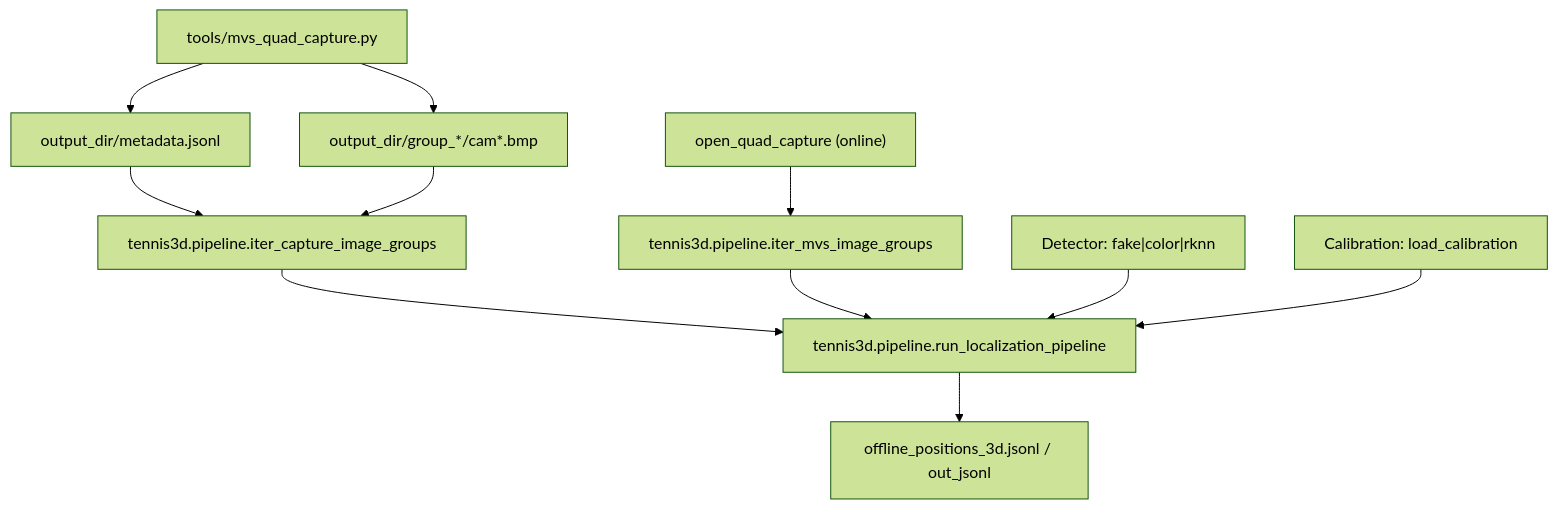
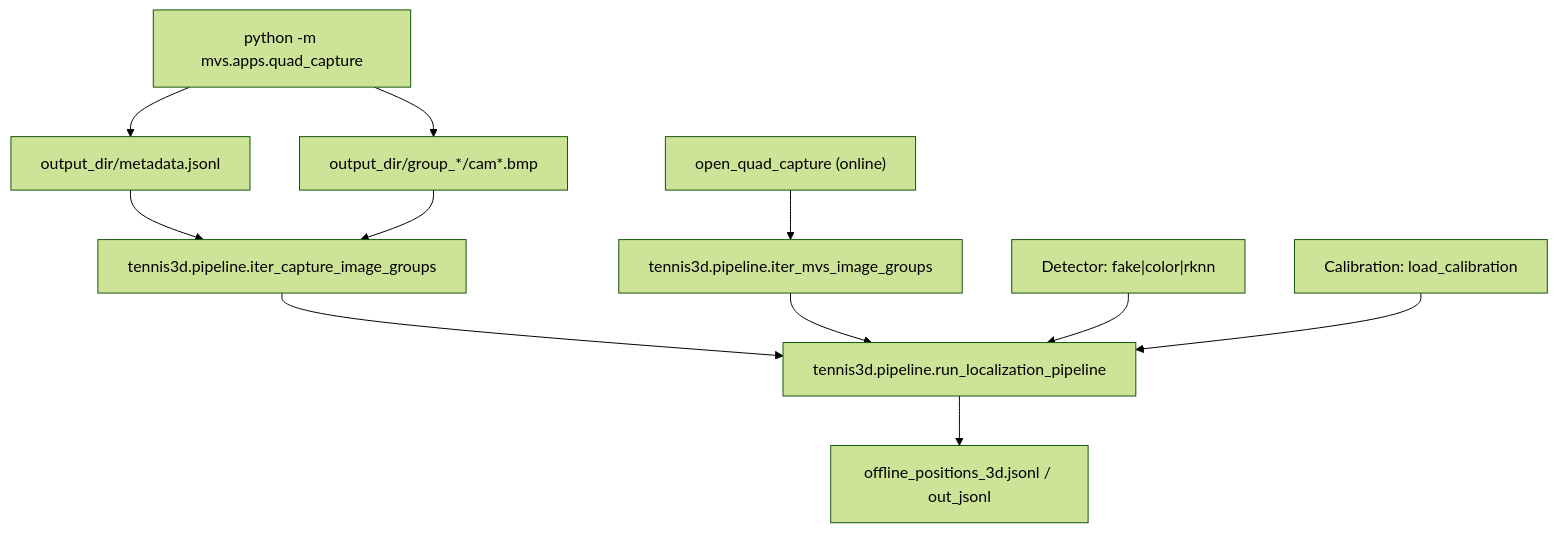
Before and after one commit to JiashuoAsh/mvs_tennis: the diagram in docs/architecture-and-dataflow.md, drawn with Mermaid (forest theme). The commit also changed other lines of this file and 112 other files, not shown here.

````diff
--- a/docs/architecture-and-dataflow.md
+++ b/docs/architecture-and-dataflow.md
@@ -52,18 +52,18 @@
 ```mermaid
 flowchart TD
-  A["tools/mvs_quad_capture.py"] --> B["output_dir/metadata.jsonl"]
+  A["python -m mvs.apps.quad_capture"] --> B["output_dir/metadata.jsonl"]
   A --> C["output_dir/group_*/cam*.bmp"]
 
   B --> D["tennis3d.pipeline.iter_capture_image_groups"]
   C --> D
 
   E["open_quad_capture (online)"] --> F["tennis3d.pipeline.iter_mvs_image_groups"]
 
   D --> G["tennis3d.pipeline.run_localization_pipeline"]
   F --> G
 
   H["Detector: fake|color|rknn"] --> G
   I["Calibration: load_calibration"] --> G
 
   G --> J["offline_positions_3d.jsonl / out_jsonl"]
 ```
````
